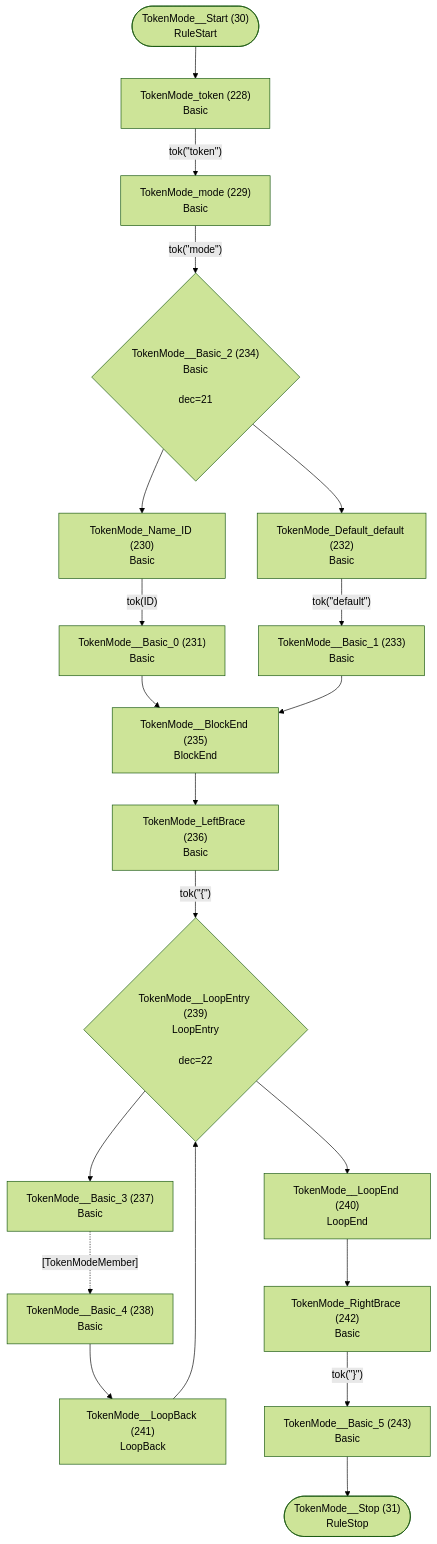
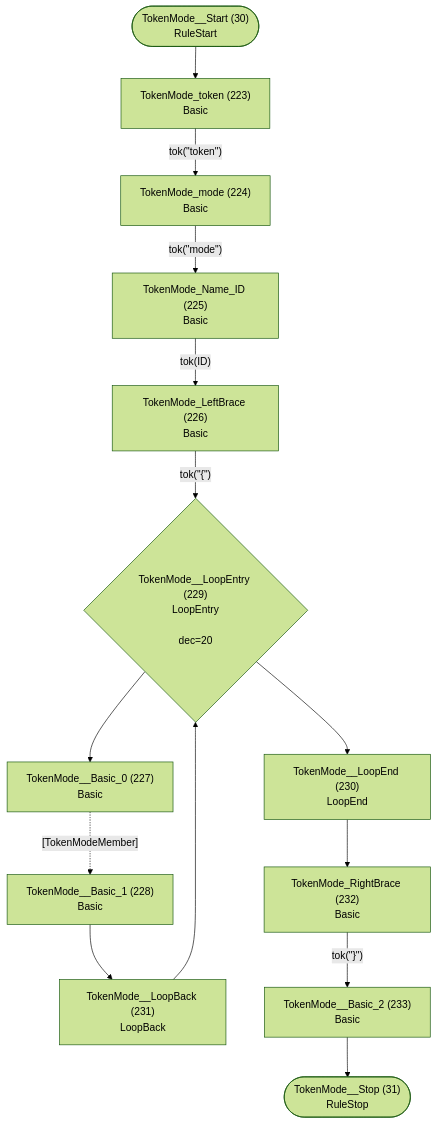
Diagram 16 of 40 in internal/grammar/atn.md (TypeFox/fastbelt), drawn with Mermaid (forest theme) before and after one commit. The commit also changed other lines of this file and 145 other files, not shown here.

````diff
--- a/internal/grammar/atn.md
+++ b/internal/grammar/atn.md
@@ -482,41 +471,30 @@
 ```mermaid
 flowchart TD
     q30(["TokenMode__Start (30)<br/>RuleStart"])
     q31(["TokenMode__Stop (31)<br/>RuleStop"])
-    q228["TokenMode_token (228)<br/>Basic<br/>"]
-    q229["TokenMode_mode (229)<br/>Basic<br/>"]
-    q230["TokenMode_Name_ID (230)<br/>Basic<br/>"]
-    q231["TokenMode__Basic_0 (231)<br/>Basic<br/>"]
-    q232["TokenMode_Default_default (232)<br/>Basic<br/>"]
-    q233["TokenMode__Basic_1 (233)<br/>Basic<br/>"]
-    q234{"TokenMode__Basic_2 (234)<br/>Basic<br/><br/>dec=21"}
-    q235["TokenMode__BlockEnd (235)<br/>BlockEnd<br/>"]
-    q236["TokenMode_LeftBrace (236)<br/>Basic<br/>"]
-    q237["TokenMode__Basic_3 (237)<br/>Basic<br/>"]
-    q238["TokenMode__Basic_4 (238)<br/>Basic<br/>"]
-    q239{"TokenMode__LoopEntry (239)<br/>LoopEntry<br/><br/>dec=22"}
-    q240["TokenMode__LoopEnd (240)<br/>LoopEnd<br/>"]
-    q241["TokenMode__LoopBack (241)<br/>LoopBack<br/>"]
-    q242["TokenMode_RightBrace (242)<br/>Basic<br/>"]
-    q243["TokenMode__Basic_5 (243)<br/>Basic<br/>"]
+    q223["TokenMode_token (223)<br/>Basic<br/>"]
+    q224["TokenMode_mode (224)<br/>Basic<br/>"]
+    q225["TokenMode_Name_ID (225)<br/>Basic<br/>"]
+    q226["TokenMode_LeftBrace (226)<br/>Basic<br/>"]
+    q227["TokenMode__Basic_0 (227)<br/>Basic<br/>"]
+    q228["TokenMode__Basic_1 (228)<br/>Basic<br/>"]
+    q229{"TokenMode__LoopEntry (229)<br/>LoopEntry<br/><br/>dec=20"}
+    q230["TokenMode__LoopEnd (230)<br/>LoopEnd<br/>"]
+    q231["TokenMode__LoopBack (231)<br/>LoopBack<br/>"]
+    q232["TokenMode_RightBrace (232)<br/>Basic<br/>"]
+    q233["TokenMode__Basic_2 (233)<br/>Basic<br/>"]
 
-    q30 --> q228
-    q228 -->|"tok(&quot;token&quot;)"| q229
-    q229 -->|"tok(&quot;mode&quot;)"| q234
-    q230 -->|"tok(ID)"| q231
-    q231 --> q235
-    q232 -->|"tok(&quot;default&quot;)"| q233
-    q233 --> q235
-    q234 --> q230
-    q234 --> q232
-    q235 --> q236
-    q236 -->|"tok(&quot;{&quot;)"| q239
-    q237 -.->|"[TokenModeMember]"| q238
-    q238 --> q241
-    q239 --> q237
-    q239 --> q240
-    q240 --> q242
-    q241 --> q239
-    q242 -->|"tok(&quot;}&quot;)"| q243
-    q243 --> q31
+    q30 --> q223
+    q223 -->|"tok(&quot;token&quot;)"| q224
+    q224 -->|"tok(&quot;mode&quot;)"| q225
+    q225 -->|"tok(ID)"| q226
+    q226 -->|"tok(&quot;{&quot;)"| q229
+    q227 -.->|"[TokenModeMember]"| q228
+    q228 --> q231
+    q229 --> q227
+    q229 --> q230
+    q230 --> q232
+    q231 --> q229
+    q232 -->|"tok(&quot;}&quot;)"| q233
+    q233 --> q31
 ```
````
